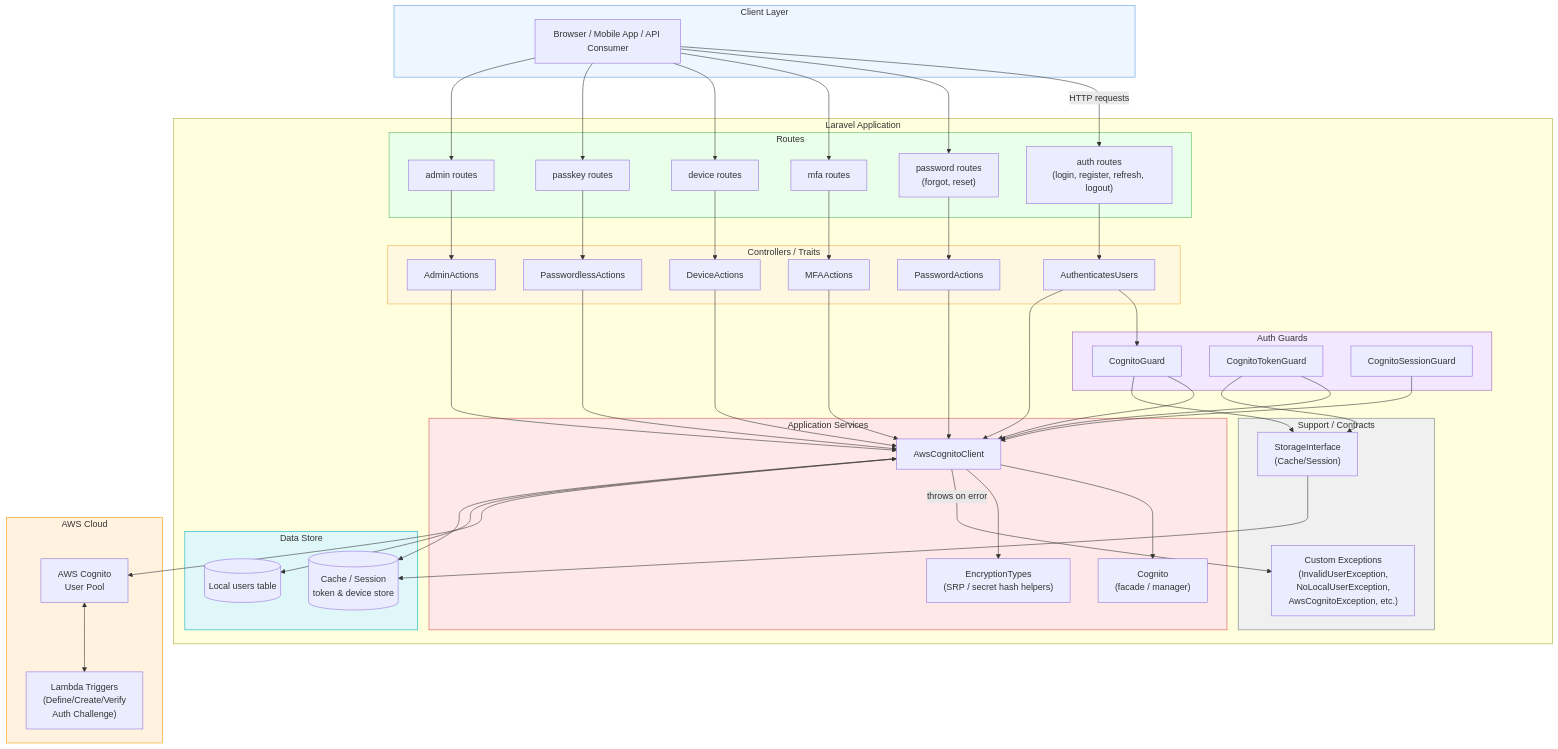
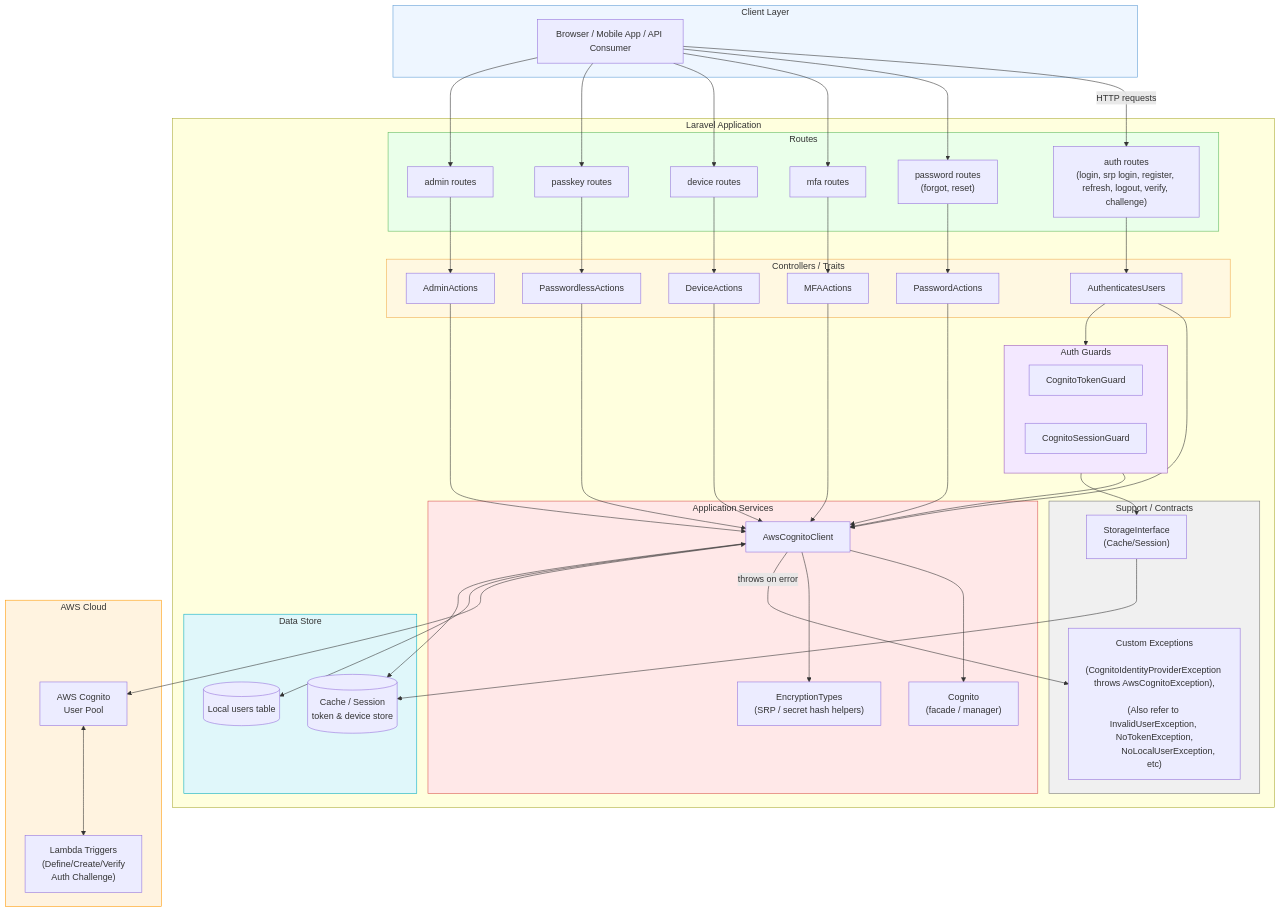
Before and after one commit to ellaisys/aws-cognito: the first of 2 diagrams in docs/flows/architecture-overview.md, drawn with Mermaid. The commit also changed other lines of this file, not shown here.

Commit message:
fix: update the component diagram for clarity

```diff
--- a/docs/flows/architecture-overview.md
+++ b/docs/flows/architecture-overview.md
@@ -14,7 +17,7 @@
 
     subgraph LaravelApp["Laravel Application"]
         subgraph RoutesLayer["Routes"]
-            R1["auth routes<br/>(login, register, refresh, logout)"]
+            R1["auth routes<br/>(login, srp login, register, refresh, logout, verify, challenge)"]
             R2["password routes<br/>(forgot, reset)"]
             R3["mfa routes"]
             R4["device routes"]
@@ -32,7 +35,6 @@
         end
 
         subgraph GuardLayer["Auth Guards"]
-            G1["CognitoGuard"]
             G2["CognitoTokenGuard"]
             G3["CognitoSessionGuard"]
         end
@@ -44,7 +46,10 @@
         end
 
         subgraph SupportLayer["Support / Contracts"]
-            X1["Custom Exceptions<br/>(InvalidUserException,<br/>NoLocalUserException,<br/>AwsCognitoException, etc.)"]
+            X1["Custom Exceptions
+            <br/>(CognitoIdentityProviderException throws AwsCognitoException),
+            <br/>(Also refer to InvalidUserException, NoTokenException,
+            NoLocalUserException, etc)"]
             X2["StorageInterface<br/>(Cache/Session)"]
         end
 
@@ -73,7 +78,7 @@
     R5 --> C5
     R6 --> C6
 
-    C1 --> G1
+    C1 --> GuardLayer
     C1 --> S1
     C2 --> S1
     C3 --> S1
@@ -81,11 +86,8 @@
     C5 --> S1
     C6 --> S1
 
-    G1 --> S1
-    G2 --> S1
-    G3 --> S1
-    G1 --> X2
-    G2 --> X2
+    GuardLayer --> S1
+    GuardLayer --> X2
 
     S1 --> S2
     S1 --> S3
```
